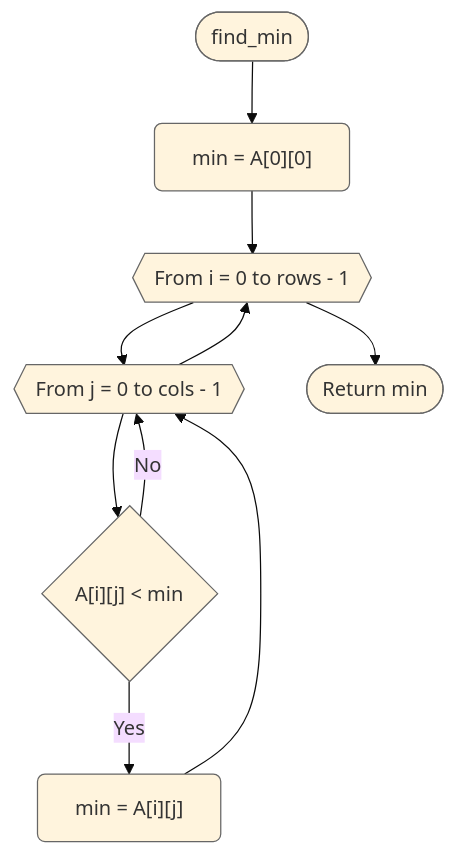
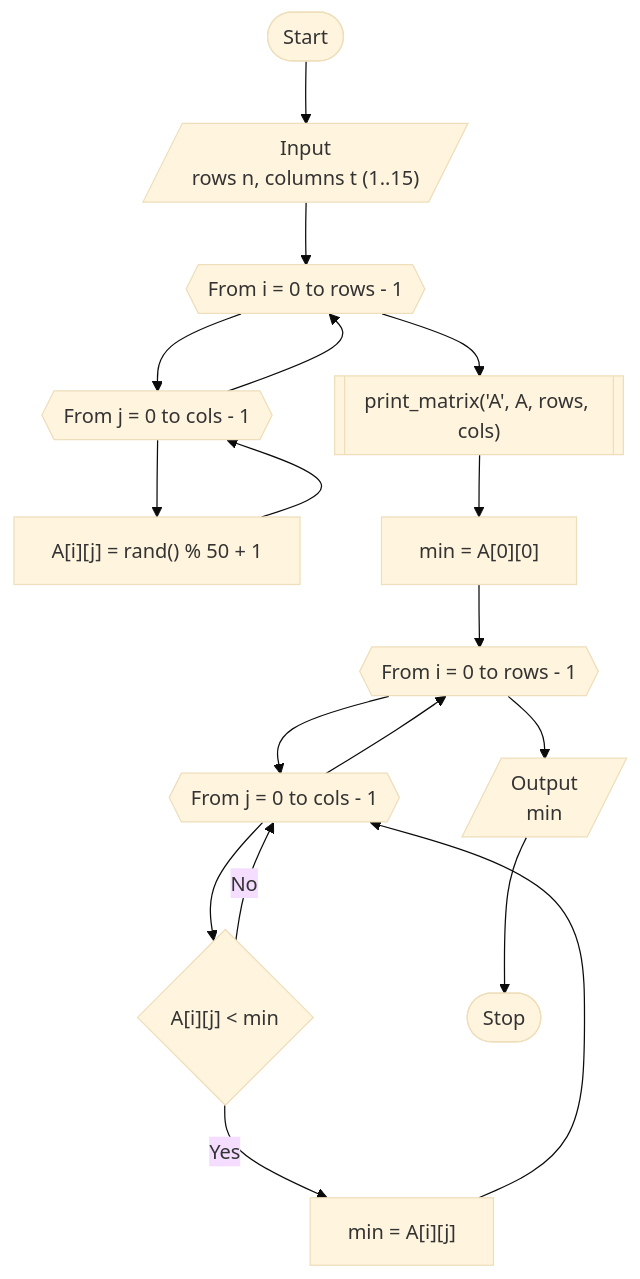
The second of 4 diagrams in lab_06/README.md (nykonhrytsyshyn/khnu-prog-labs), drawn with Mermaid (base theme) before and after one commit. The commit also changed other lines of this file and 2 other files, not shown here.

Commit message:
Update flowcharts

````diff
--- a/lab_06/README.md
+++ b/lab_06/README.md
@@ -103,15 +80,20 @@
 ```mermaid
 flowchart TD
-  A(["find_min"]) --> B["min = A[0][0]"]
-  B --> C{{"From i = 0 to rows - 1"}}
-  C --> D{{"From j = 0 to cols - 1"}}
-  D --> E{"A[i][j] < min"}
-  E -->|Yes| F["min = A[i][j]"]
-  E -->|No| D
-  F --> D
-  D --> C
-  C --> G(["Return min"])
-
-  classDef stage stroke:#666,rx:6,ry:6
-  class A,B,C,D,E,F,G stage
+    A(["Start"]) --> B[/"Input<br/>rows n, columns t (1..15)"/]
+    B --> C{{"From i = 0 to rows - 1"}}
+    C --> D{{"From j = 0 to cols - 1"}}
+    D --> E["A[i][j] = rand() % 50 + 1"]
+    E --> D
+    D --> C
+    C --> F[["print_matrix('A', A, rows, cols)"]]
+    F --> G["min = A[0][0]"]
+    G --> H{{"From i = 0 to rows - 1"}}
+    H --> I{{"From j = 0 to cols - 1"}}
+    I --> J{"A[i][j] < min"}
+    J -->|Yes| K["min = A[i][j]"]
+    K --> I
+    J -->|No| I
+    I --> H
+    H --> L[/"Output<br/>min"/]
+    L --> M(["Stop"])
 ```
````
